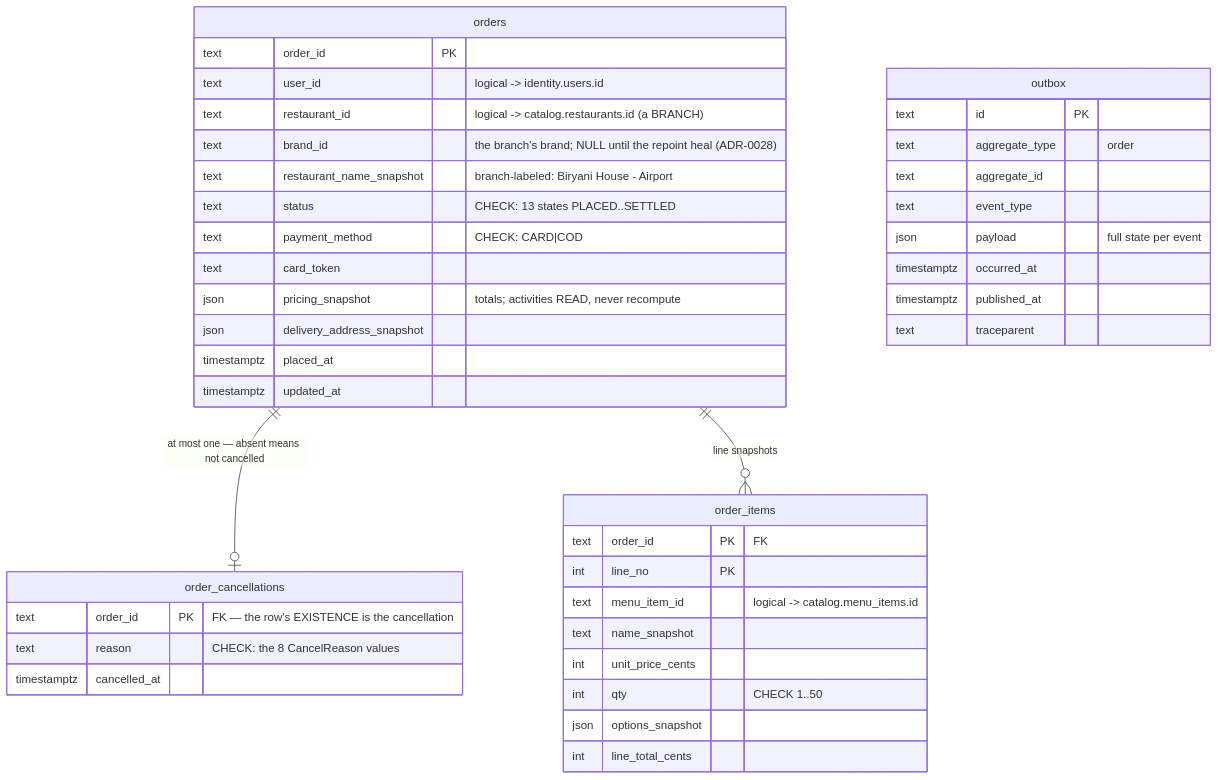
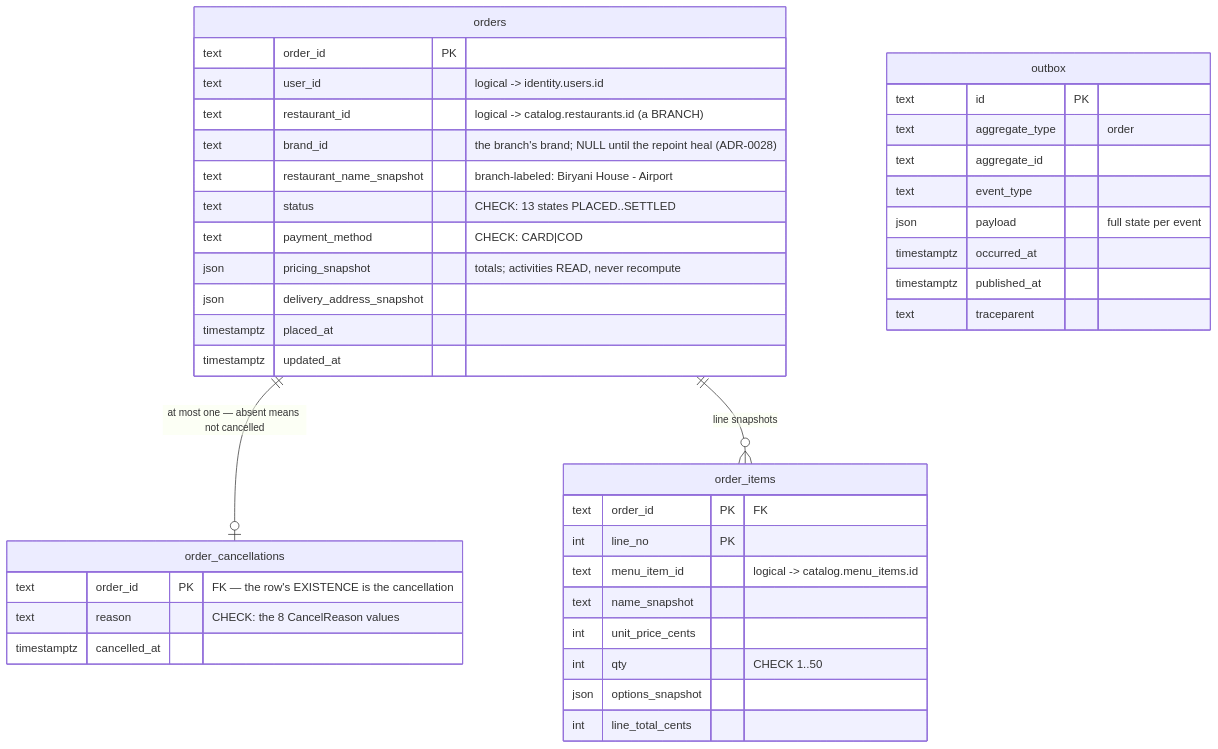
The fourth of 7 diagrams in docs/erd.md (Aizazahmed-7/SmartFoodOps), drawn with Mermaid before and after one commit. The commit also changed 9 other files, not shown here.

````diff
--- a/docs/erd.md
+++ b/docs/erd.md
@@ -276,44 +276,43 @@
 ```mermaid
 erDiagram
     orders {
         text order_id PK
         text user_id "logical -> identity.users.id"
         text restaurant_id "logical -> catalog.restaurants.id (a BRANCH)"
         text brand_id "the branch's brand; NULL until the repoint heal (ADR-0028)"
         text restaurant_name_snapshot "branch-labeled: Biryani House - Airport"
         text status "CHECK: 13 states PLACED..SETTLED"
         text payment_method "CHECK: CARD|COD"
-        text card_token
         json pricing_snapshot "totals; activities READ, never recompute"
         json delivery_address_snapshot
         timestamptz placed_at
         timestamptz updated_at
     }
     order_cancellations {
         text order_id PK "FK — the row's EXISTENCE is the cancellation"
         text reason "CHECK: the 8 CancelReason values"
         timestamptz cancelled_at
     }
     order_items {
         text order_id PK "FK"
         int line_no PK
         text menu_item_id "logical -> catalog.menu_items.id"
         text name_snapshot
         int unit_price_cents
         int qty "CHECK 1..50"
         json options_snapshot
         int line_total_cents
     }
     outbox {
         text id PK
         text aggregate_type "order"
         text aggregate_id
         text event_type
         json payload "full state per event"
         timestamptz occurred_at
         timestamptz published_at
         text traceparent
     }
     orders ||--o| order_cancellations : "at most one — absent means not cancelled"
     orders ||--o{ order_items : "line snapshots"
 ```
````
